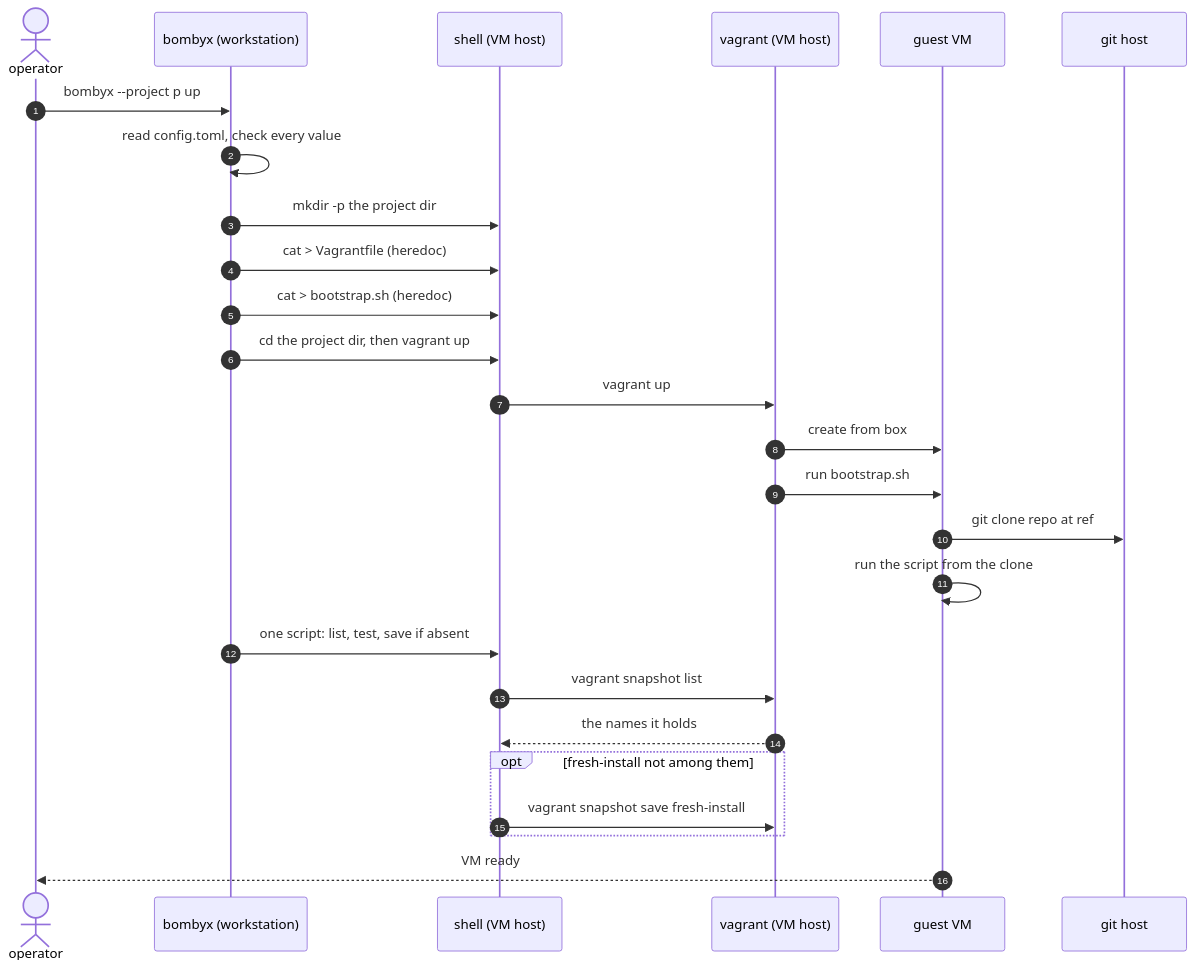
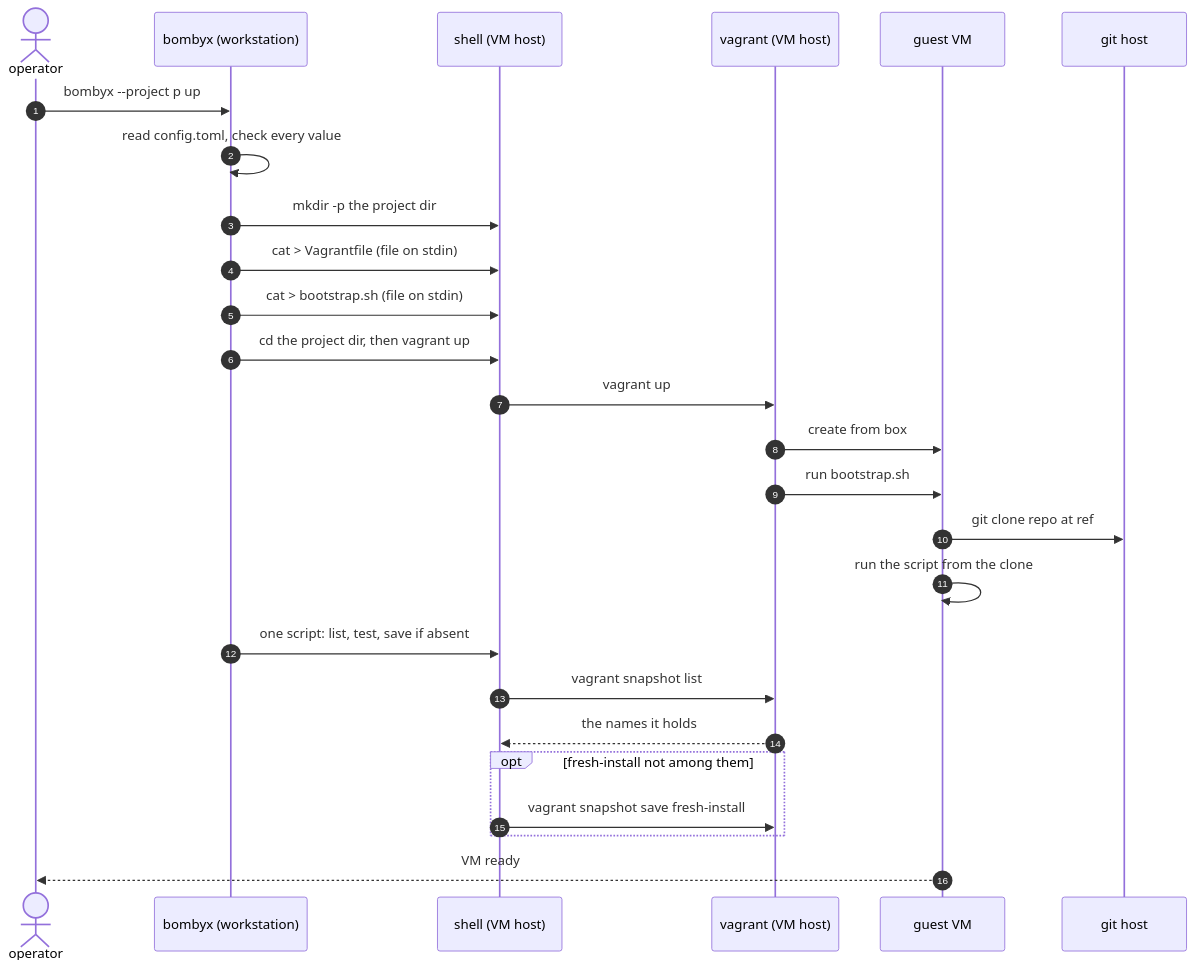
The fifth of 6 diagrams in docs/architecture.md (breki/bombyx), drawn with Mermaid before and after one commit. The commit also changed other lines of this file and 15 other files, not shown here.

````diff
--- a/docs/architecture.md
+++ b/docs/architecture.md
@@ -397,29 +409,29 @@
 ```mermaid
 sequenceDiagram
   autonumber
   actor op as operator
   participant cli as bombyx (workstation)
   participant host as shell (VM host)
   participant vg as vagrant (VM host)
   participant guest as guest VM
   participant git as git host
 
   op->>cli: bombyx --project p up
   cli->>cli: read config.toml, check every value
   cli->>host: mkdir -p the project dir
-  cli->>host: cat > Vagrantfile (heredoc)
-  cli->>host: cat > bootstrap.sh (heredoc)
+  cli->>host: cat > Vagrantfile (file on stdin)
+  cli->>host: cat > bootstrap.sh (file on stdin)
   cli->>host: cd the project dir, then vagrant up
   host->>vg: vagrant up
   vg->>guest: create from box
   vg->>guest: run bootstrap.sh
   guest->>git: git clone repo at ref
   guest->>guest: run the script from the clone
   cli->>host: one script: list, test, save if absent
   host->>vg: vagrant snapshot list
   vg-->>host: the names it holds
   opt fresh-install not among them
     host->>vg: vagrant snapshot save fresh-install
   end
   guest-->>op: VM ready
 ```
````
